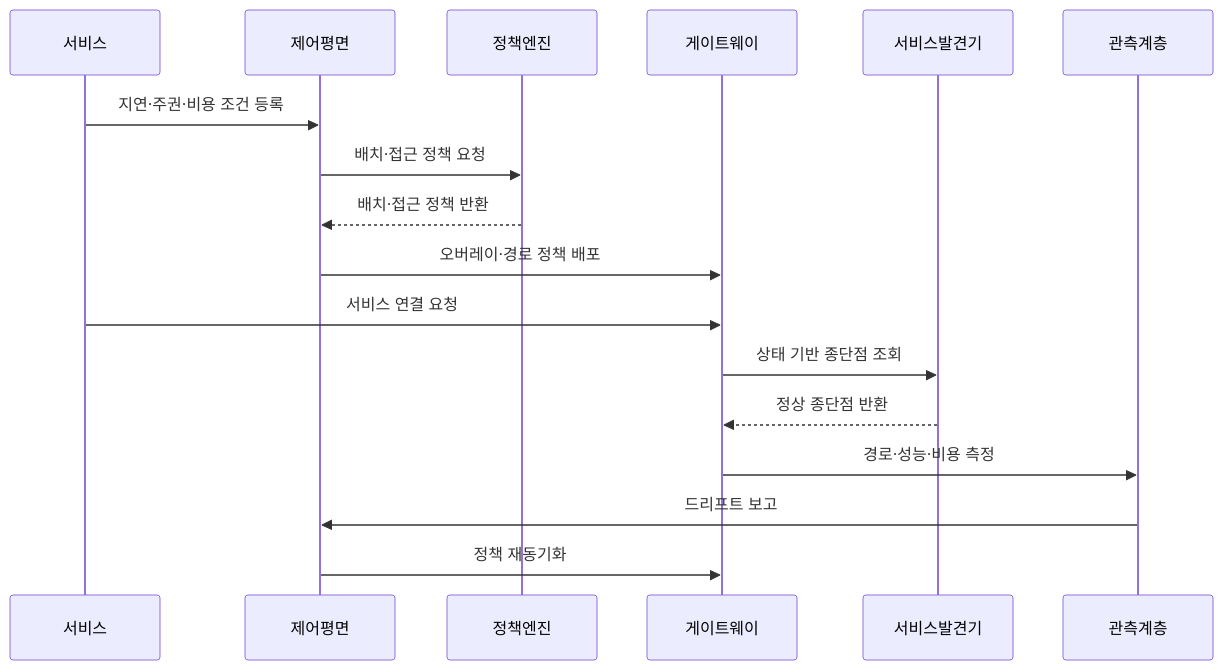
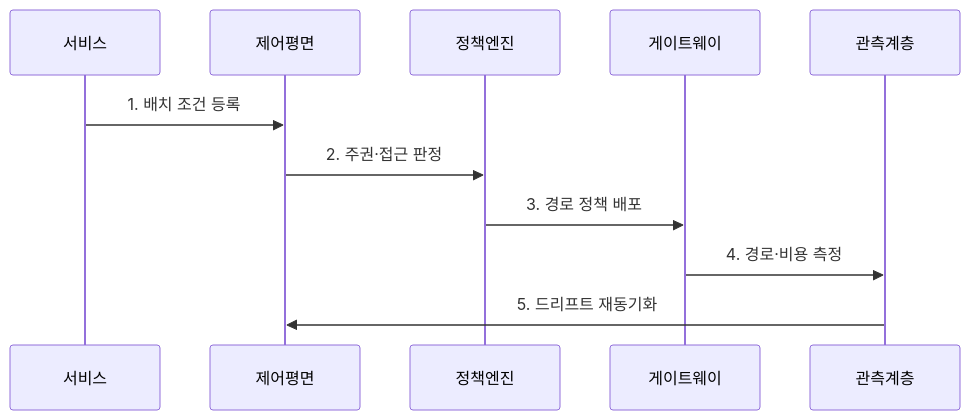
One commit to agnusdei1207/knowledge-base changed the second of 2 diagrams in src/content/docs/notes/04-network/101_distributed_cloud_networking.md. Above: the diagram before and after it, drawn with Mermaid. The commit also changed other lines of this file and 21 other files, not shown here.

````diff
--- a/src/content/docs/notes/04-network/101_distributed_cloud_networking.md
+++ b/src/content/docs/notes/04-network/101_distributed_cloud_networking.md
@@ -81,19 +78,13 @@
 ```mermaid
 sequenceDiagram
     participant 서비스
     participant 제어평면
     participant 정책엔진
     participant 게이트웨이
-    participant 서비스발견기
     participant 관측계층
-    서비스->>제어평면: 지연·주권·비용 조건 등록
-    제어평면->>정책엔진: 배치·접근 정책 요청
-    정책엔진-->>제어평면: 배치·접근 정책 반환
-    제어평면->>게이트웨이: 오버레이·경로 정책 배포
-    서비스->>게이트웨이: 서비스 연결 요청
-    게이트웨이->>서비스발견기: 상태 기반 종단점 조회
-    서비스발견기-->>게이트웨이: 정상 종단점 반환
-    게이트웨이->>관측계층: 경로·성능·비용 측정
-    관측계층->>제어평면: 드리프트 보고
-    제어평면->>게이트웨이: 정책 재동기화
+    서비스->>제어평면: 1. 배치 조건 등록
+    제어평면->>정책엔진: 2. 주권·접근 판정
+    정책엔진->>게이트웨이: 3. 경로 정책 배포
+    게이트웨이->>관측계층: 4. 경로·비용 측정
+    관측계층->>제어평면: 5. 드리프트 재동기화
 ```
````
